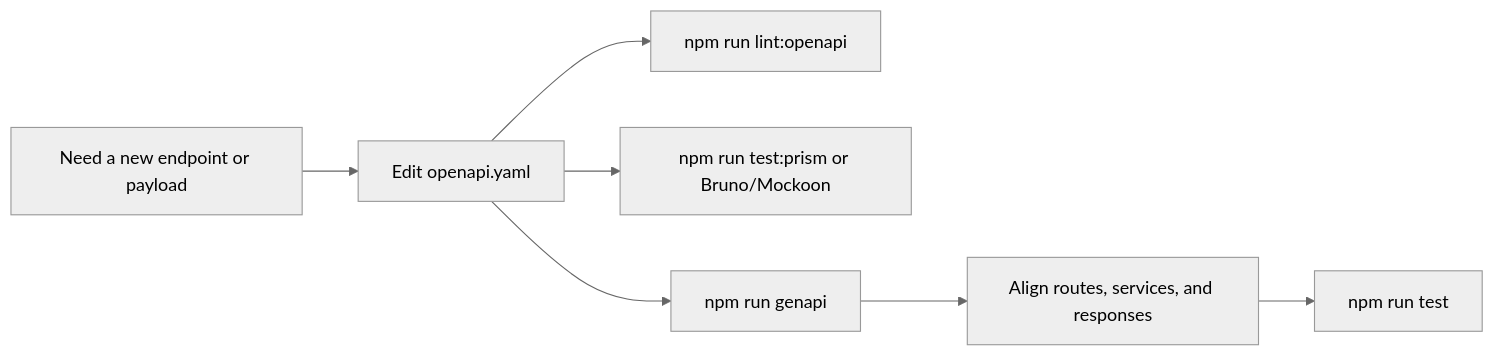
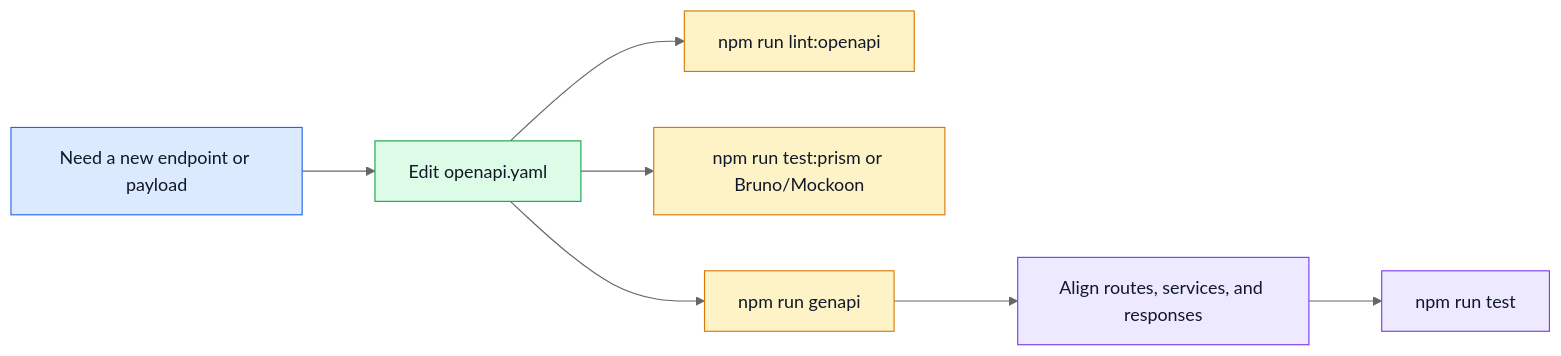
Before and after one commit to Guebbit/boilerplate-node-backend: the diagram in docs/api/openapi-workflow.md, drawn with Mermaid (neutral theme). The commit also changed other lines of this file and 16 other files, not shown here.

````diff
--- a/docs/api/openapi-workflow.md
+++ b/docs/api/openapi-workflow.md
@@ -7,9 +7,19 @@
 ```mermaid
+%%{init: {'flowchart': {'nodeSpacing': 50, 'rankSpacing': 65}}}%%
 flowchart LR
     Idea[Need a new endpoint or payload] --> Spec[Edit openapi.yaml]
     Spec --> Lint[npm run lint:openapi]
     Spec --> Mock[npm run test:prism or Bruno/Mockoon]
     Spec --> Generate[npm run genapi]
     Generate --> Implement[Align routes, services, and responses]
     Implement --> Test[npm run test]
+
+    classDef change fill:#dbeafe,stroke:#2563eb,color:#111827;
+    classDef contract fill:#dcfce7,stroke:#16a34a,color:#111827;
+    classDef tooling fill:#fef3c7,stroke:#d97706,color:#111827;
+    classDef app fill:#ede9fe,stroke:#7c3aed,color:#111827;
+    class Idea change;
+    class Spec contract;
+    class Lint,Mock,Generate tooling;
+    class Implement,Test app;
 ```
````
